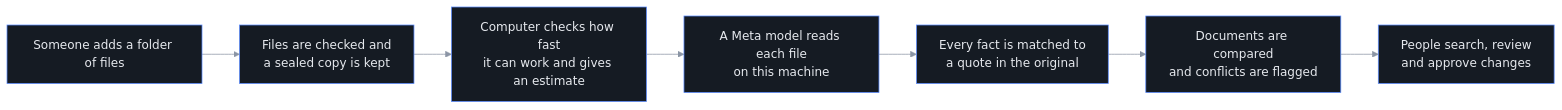
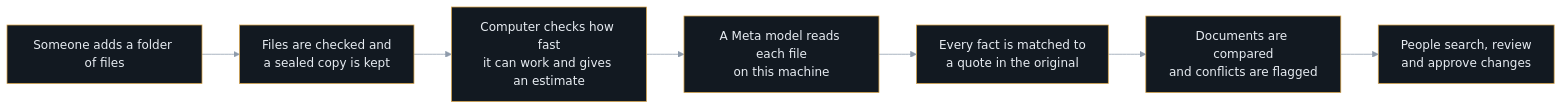
The first of 2 diagrams in README.md (F0rger123/vault-hackathon-2026), drawn with Mermaid before and after one commit. The commit also changed other lines of this file and 25 other files, not shown here.

````diff
--- a/README.md
+++ b/README.md
@@ -53,10 +57,10 @@
 ```mermaid
-%%{init: {"theme":"base","themeVariables":{"primaryColor":"#151b23","primaryTextColor":"#e6e9ee","primaryBorderColor":"#5b8cff","lineColor":"#8b95a5","secondaryColor":"#0d1117","tertiaryColor":"#0d1117","fontFamily":"Geist, Segoe UI, sans-serif"}}}%%
+%%{init: {"theme":"base","themeVariables":{"primaryColor":"#121921","primaryTextColor":"#e7ecf2","primaryBorderColor":"#d9a54a","lineColor":"#8e9bab","secondaryColor":"#0b0f14","tertiaryColor":"#0b0f14","fontFamily":"Archivo, Segoe UI, sans-serif"}}}%%
 flowchart LR
     A["Someone adds a folder of files"] --> B["Files are checked and<br/>a sealed copy is kept"]
     B --> C["Computer checks how fast<br/>it can work and gives an estimate"]
     C --> D["A Meta model reads each file<br/>on this machine"]
     D --> E["Every fact is matched to<br/>a quote in the original"]
     E --> F["Documents are compared<br/>and conflicts are flagged"]
     F --> G["People search, review<br/>and approve changes"]
 ```
````
